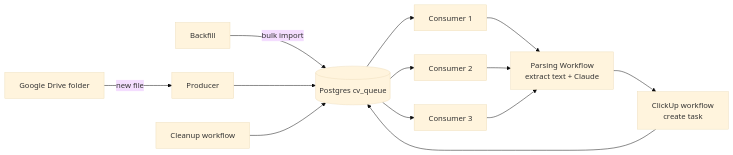
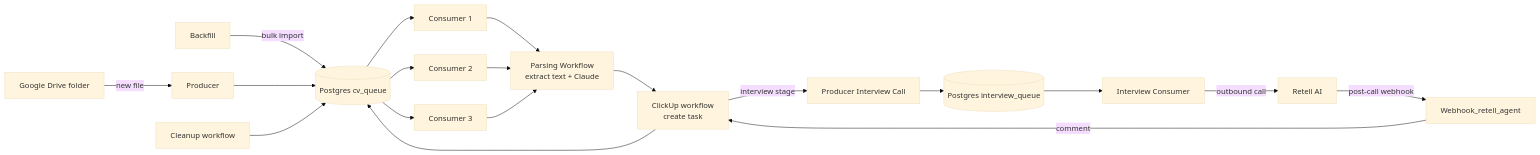
The diagram in README.md (mainStorne/n8n-resume-clickup-pipeline), drawn with Mermaid (base theme) before and after one commit. The commit also changed other lines of this file and 1 other file, not shown here.

First line of the commit message:
Document Retell AI interview reminder-call pipeline

````diff
--- a/README.md
+++ b/README.md
@@ -16,13 +18,20 @@
 ```mermaid
 flowchart LR
     Drive[Google Drive folder] -->|new file| Producer
     Backfill -->|bulk import| Queue[(Postgres cv_queue)]
     Producer --> Queue
     Queue --> C1[Consumer 1]
     Queue --> C2[Consumer 2]
     Queue --> C3[Consumer 3]
     C1 & C2 & C3 --> Parsing[Parsing Workflow\nextract text + Claude]
     Parsing --> ClickUp[ClickUp workflow\ncreate task]
     ClickUp --> Queue
     Cleanup[Cleanup workflow] --> Queue
+
+    ClickUp -->|interview stage| PIC[Producer Interview Call]
+    PIC --> IQ[(Postgres interview_queue)]
+    IQ --> IC[Interview Consumer]
+    IC -->|outbound call| Retell[Retell AI]
+    Retell -->|post-call webhook| Sync[Webhook_retell_agent]
+    Sync -->|comment| ClickUp
 ```
````
